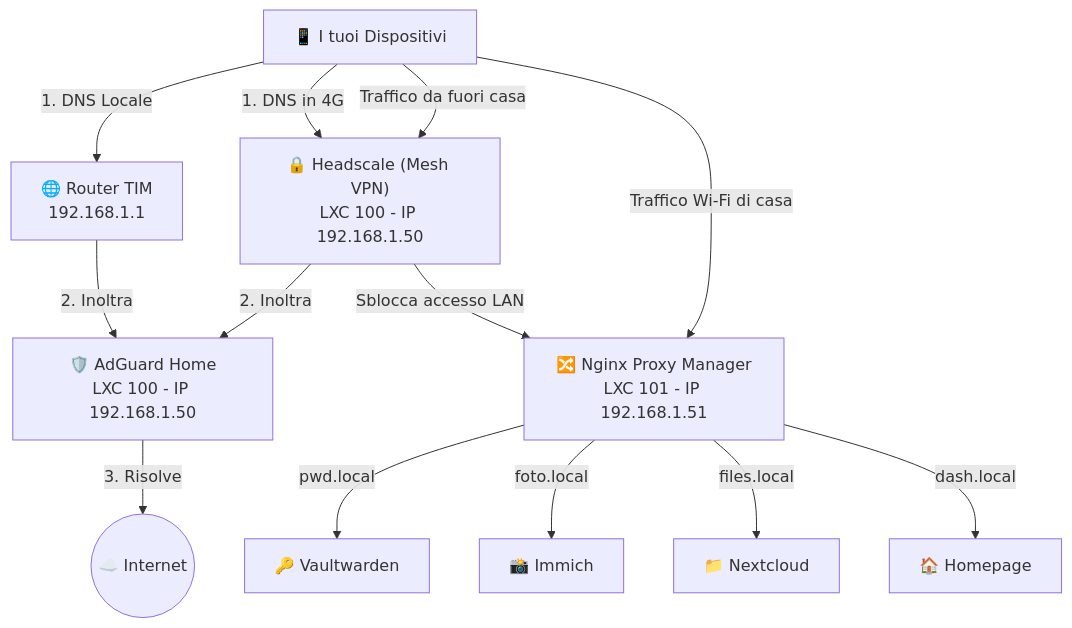
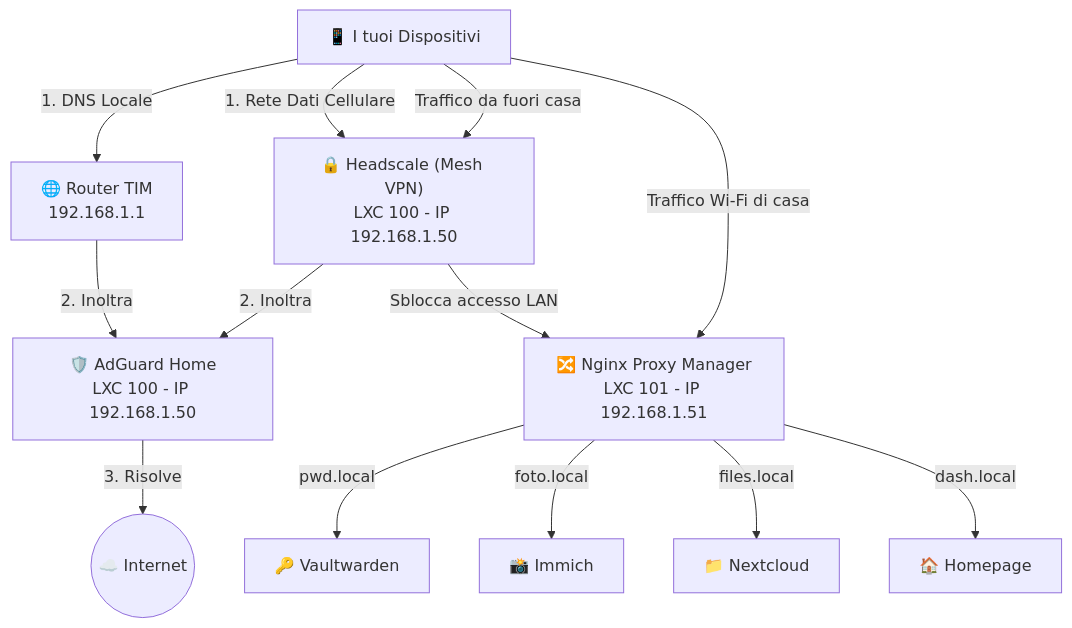
The diagram in README.md (Mohamed-DN/Sovereign-Homelab), drawn with Mermaid before and after one commit. The commit also changed 1 other file, not shown here.

Commit message:
Update diagram: change 4G to future-proof 'Rete Dati Cellulare'

````diff
--- a/README.md
+++ b/README.md
@@ -12,32 +12,32 @@
 ```mermaid
 graph TD
     %% Nodi Esterni
     Utente["📱 I tuoi Dispositivi"]
     Router["🌐 Router TIM<br>192.168.1.1"]
     Internet(("☁️ Internet"))
 
     %% LXC 100
     DNS["🛡️ AdGuard Home<br>LXC 100 - IP 192.168.1.50"]
     VPN["🔒 Headscale (Mesh VPN)<br>LXC 100 - IP 192.168.1.50"]
     
     %% LXC 101
     Proxy["🔀 Nginx Proxy Manager<br>LXC 101 - IP 192.168.1.51"]
 
     %% Flusso DNS
     Utente -->|1. DNS Locale| Router
-    Utente -->|1. DNS in 4G| VPN
+    Utente -->|1. Rete Dati Cellulare| VPN
     Router -->|2. Inoltra| DNS
     VPN -->|2. Inoltra| DNS
     DNS -->|3. Risolve| Internet
 
     %% Flusso Dati
     Utente -->|Traffico da fuori casa| VPN
     VPN -->|Sblocca accesso LAN| Proxy
     Utente -->|Traffico Wi-Fi di casa| Proxy
 
     %% Servizi in LXC 101
     Proxy -->|pwd.local| V["🔑 Vaultwarden"]
     Proxy -->|foto.local| I["📸 Immich"]
     Proxy -->|files.local| N["📁 Nextcloud"]
     Proxy -->|dash.local| H["🏠 Homepage"]
 ```
````
